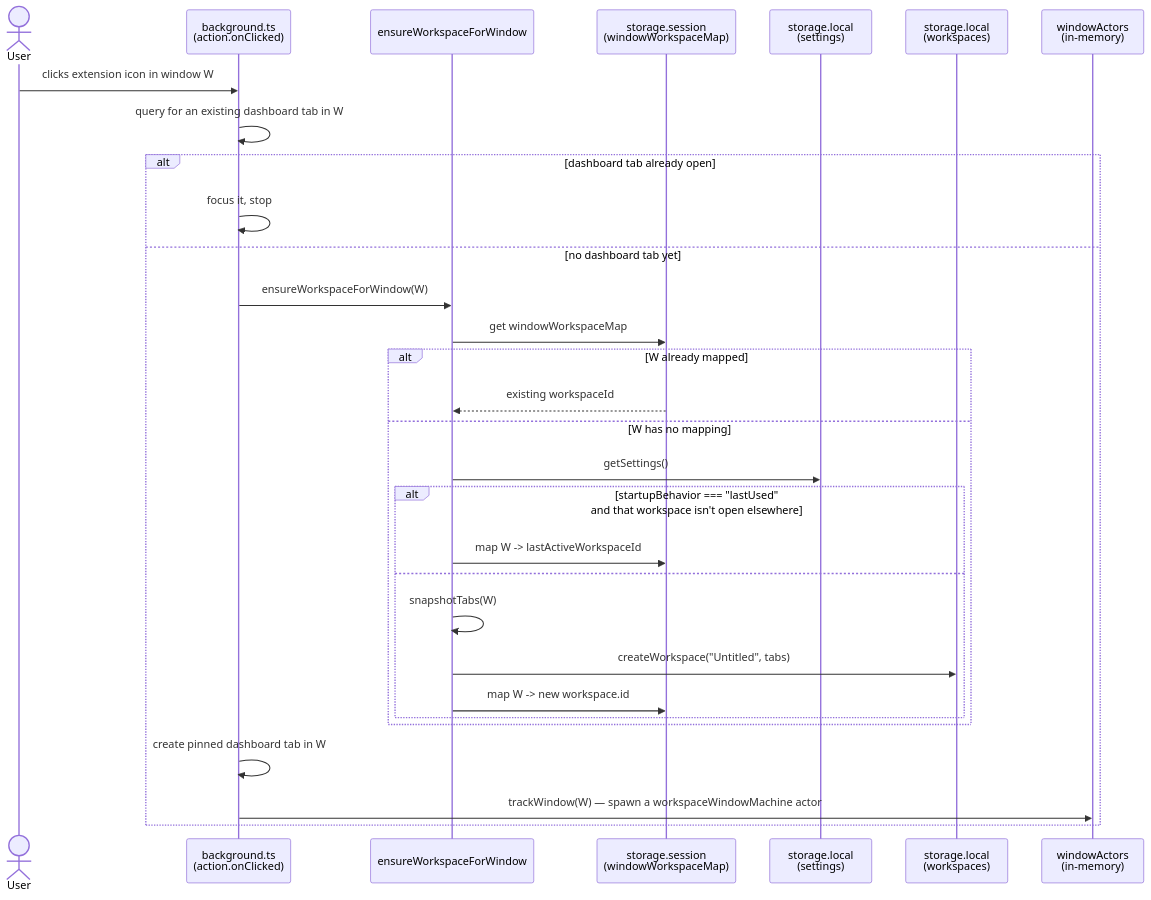
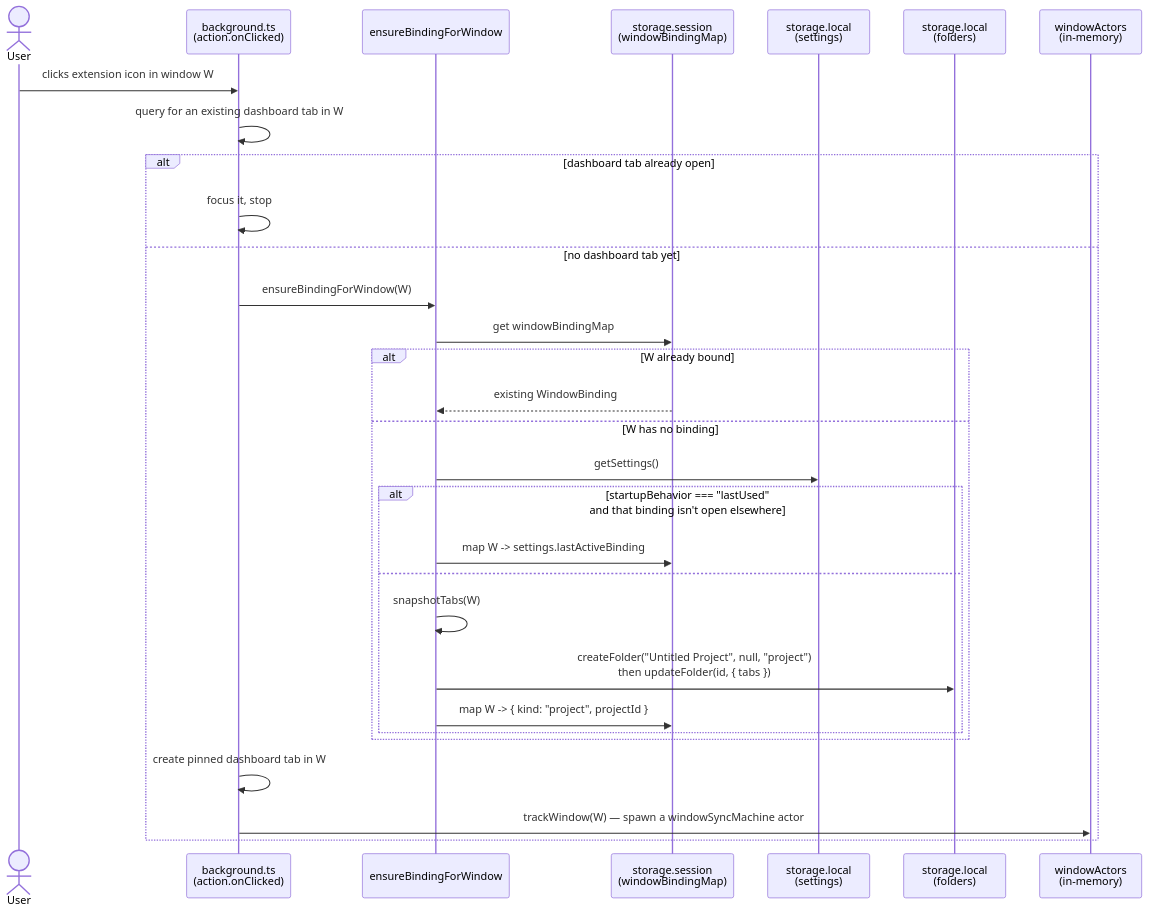
The second of 11 diagrams in docs/workflows.md (enyhma/cntxt), drawn with Mermaid before and after one commit. The commit also changed other lines of this file and 9 other files, not shown here.

````diff
--- a/docs/workflows.md
+++ b/docs/workflows.md
@@ -36,33 +36,33 @@
 ```mermaid
 sequenceDiagram
     actor User
     participant BG as background.ts<br/>(action.onClicked)
-    participant Attach as ensureWorkspaceForWindow
-    participant Session as storage.session<br/>(windowWorkspaceMap)
+    participant Attach as ensureBindingForWindow
+    participant Session as storage.session<br/>(windowBindingMap)
     participant Settings as storage.local<br/>(settings)
-    participant Workspaces as storage.local<br/>(workspaces)
+    participant Folders as storage.local<br/>(folders)
     participant Registry as windowActors<br/>(in-memory)
 
     User->>BG: clicks extension icon in window W
     BG->>BG: query for an existing dashboard tab in W
     alt dashboard tab already open
         BG->>BG: focus it, stop
     else no dashboard tab yet
-        BG->>Attach: ensureWorkspaceForWindow(W)
-        Attach->>Session: get windowWorkspaceMap
-        alt W already mapped
-            Session-->>Attach: existing workspaceId
-        else W has no mapping
+        BG->>Attach: ensureBindingForWindow(W)
+        Attach->>Session: get windowBindingMap
+        alt W already bound
+            Session-->>Attach: existing WindowBinding
+        else W has no binding
             Attach->>Settings: getSettings()
-            alt startupBehavior === "lastUsed"<br/>and that workspace isn't open elsewhere
-                Attach->>Session: map W -> lastActiveWorkspaceId
+            alt startupBehavior === "lastUsed"<br/>and that binding isn't open elsewhere
+                Attach->>Session: map W -> settings.lastActiveBinding
             else
                 Attach->>Attach: snapshotTabs(W)
-                Attach->>Workspaces: createWorkspace("Untitled", tabs)
-                Attach->>Session: map W -> new workspace.id
+                Attach->>Folders: createFolder("Untitled Project", null, "project")<br/>then updateFolder(id, { tabs })
+                Attach->>Session: map W -> { kind: "project", projectId }
             end
         end
         BG->>BG: create pinned dashboard tab in W
-        BG->>Registry: trackWindow(W) — spawn a workspaceWindowMachine actor
+        BG->>Registry: trackWindow(W) — spawn a windowSyncMachine actor
     end
 ```
````
